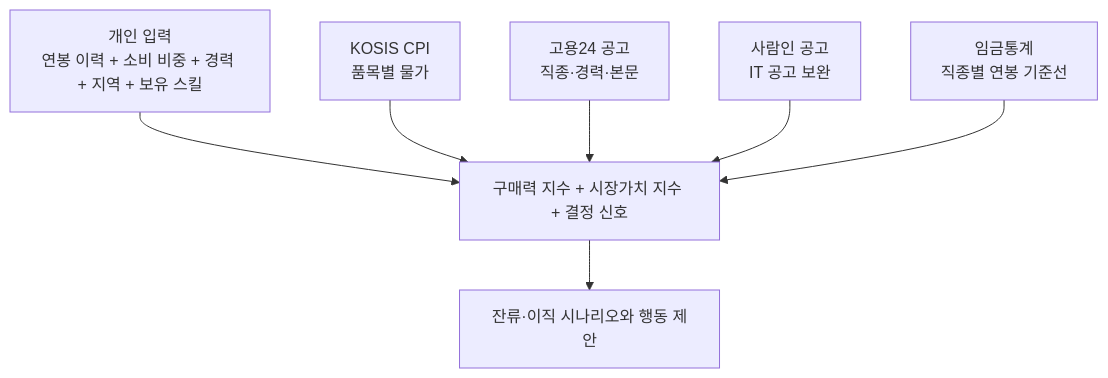
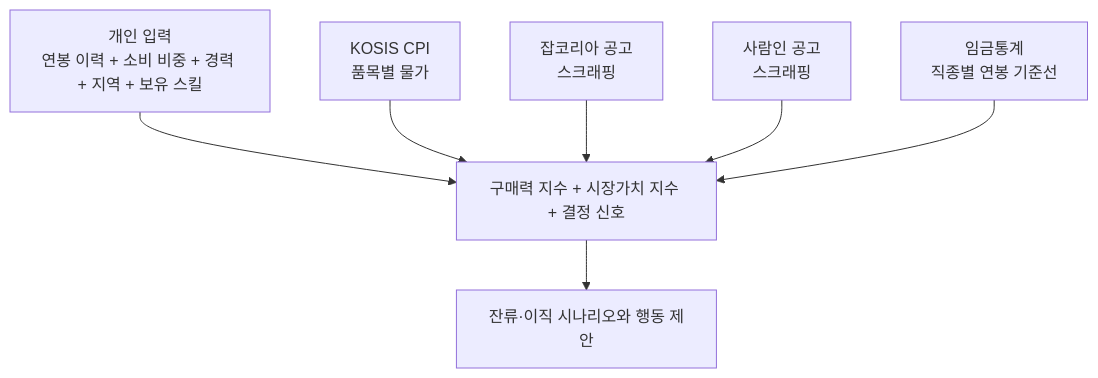
The first of 2 diagrams in README.md (SeoHyeokGyu/Carix), drawn with Mermaid before and after one commit. The commit also changed other lines of this file, not shown here.

First line of the commit message:
docs: README 데이터 출처를 실제 원천(잡코리아·사람인 스크래핑)으로 정정

````diff
--- a/README.md
+++ b/README.md
@@ -34,16 +34,16 @@
 ```mermaid
 flowchart TD
     Input[개인 입력<br>연봉 이력 + 소비 비중 + 경력 + 지역 + 보유 스킬]
     Kosis[KOSIS CPI<br>품목별 물가]
-    Work24[고용24 공고<br>직종·경력·본문]
-    Saramin[사람인 공고<br>IT 공고 보완]
+    JobKorea[잡코리아 공고<br>스크래핑]
+    Saramin[사람인 공고<br>스크래핑]
     Wage[임금통계<br>직종별 연봉 기준선]
     
     Input --> Output[구매력 지수 + 시장가치 지수 + 결정 신호]
     Kosis --> Output
-    Work24 --> Output
+    JobKorea --> Output
     Saramin --> Output
     Wage --> Output
     
     Output --> Scenario[잔류·이직 시나리오와 행동 제안]
 ```
````
